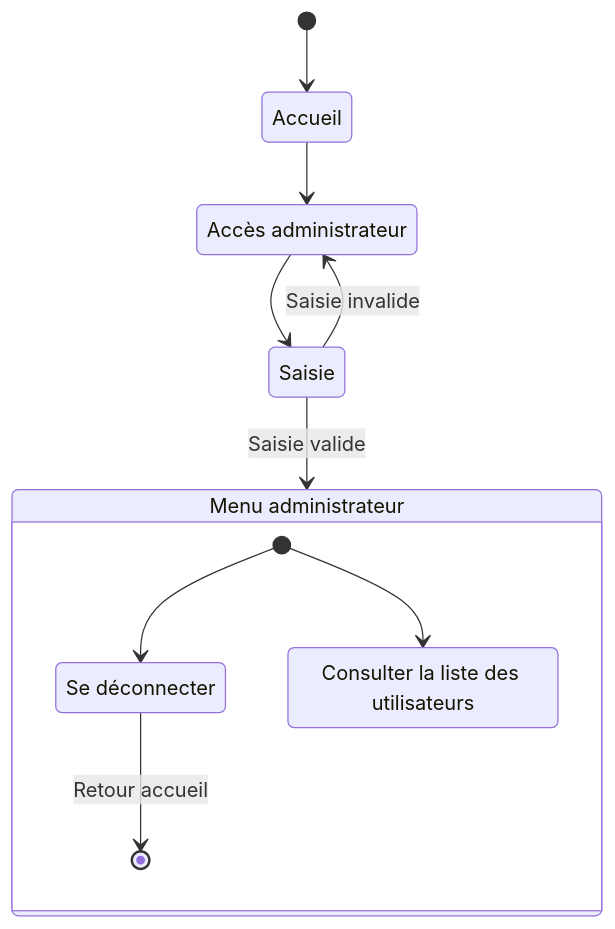
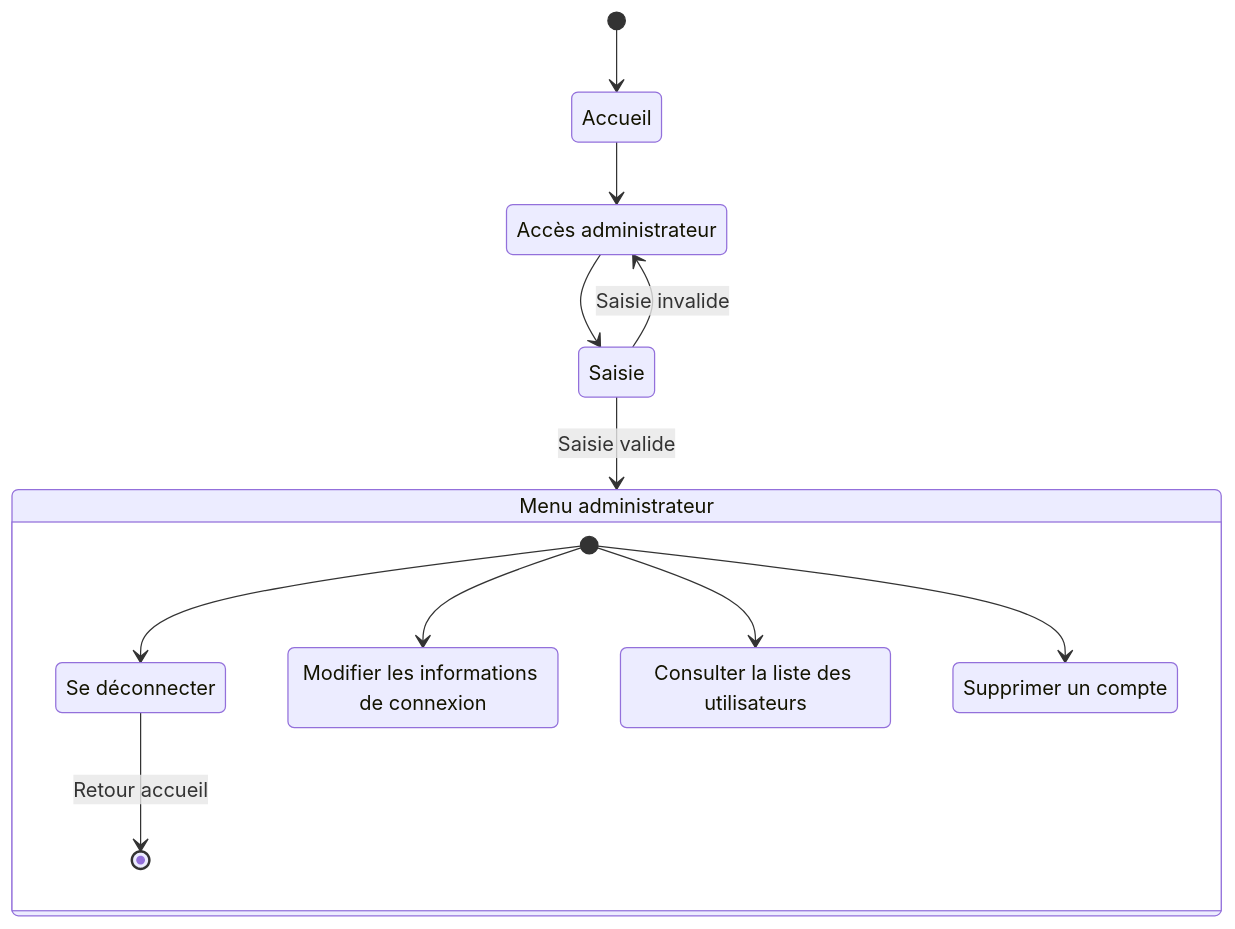
Before and after one commit to bbrunel/ENSAI-2A-projet-info: the ninth of 9 diagrams in doc/diag_activites.md, drawn with Mermaid. The commit also changed other lines of this file, not shown here.

````diff
--- a/doc/diag_activites.md
+++ b/doc/diag_activites.md
@@ -321,21 +423,25 @@
 ```mermaid
 stateDiagram
     admin : Accès administrateur
     admin_out : Se déconnecter
     list_utilisateurs : Consulter la liste des utilisateurs
     menu_admin : Menu administrateur
+    supp_compte : Supprimer un compte
+    modif_compte : Modifier les informations de connexion
     
     [*] --> Accueil
 
     Accueil --> admin
     admin --> Saisie
     Saisie --> menu_admin: Saisie valide
     Saisie --> admin: Saisie invalide
 
     state menu_admin {
+      [*] --> modif_compte
       [*] --> list_utilisateurs
+      [*] --> supp_compte
       [*] --> admin_out
       admin_out --> [*]: Retour accueil
     }
 
 ```
````
